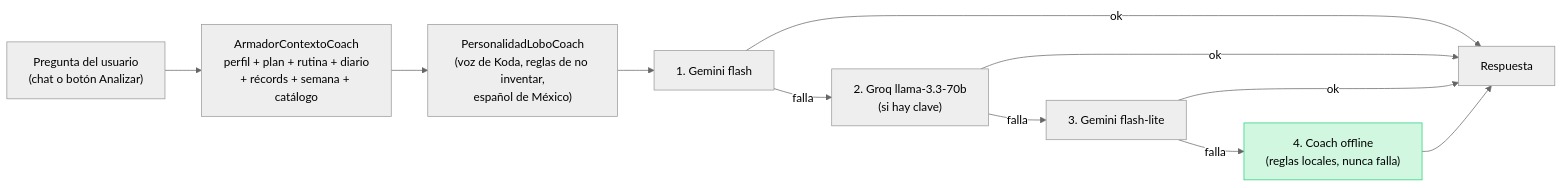
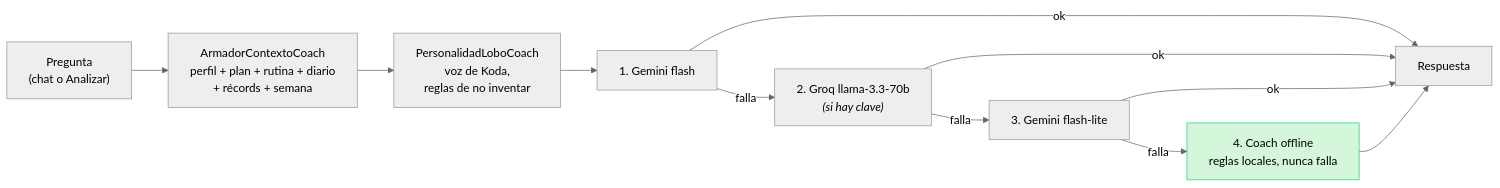
The fifth of 5 diagrams in docs/diagrama-arquitectura.md (mateomartin21/FitnessCoach), drawn with Mermaid (neutral theme) before and after one commit. The commit also changed other lines of this file and 1 other file, not shown here.

First line of the commit message:
docs: diagramas legibles y enlazados desde el README

````diff
--- a/docs/diagrama-arquitectura.md
+++ b/docs/diagrama-arquitectura.md
@@ -181,16 +157,18 @@
 ```mermaid
 flowchart LR
-    Pregunta["Pregunta del usuario<br/>(chat o botón Analizar)"] --> Armador["ArmadorContextoCoach<br/>perfil + plan + rutina + diario<br/>+ récords + semana + catálogo"]
-    Armador --> Personalidad["PersonalidadLoboCoach<br/>(voz de Koda, reglas de no inventar,<br/>español de México)"]
-    Personalidad --> Gemini["1. Gemini flash"]
-    Gemini -->|falla| Groq["2. Groq llama-3.3-70b<br/>(si hay clave)"]
-    Groq -->|falla| GeminiLite["3. Gemini flash-lite"]
-    GeminiLite -->|falla| Offline["4. Coach offline<br/>(reglas locales, nunca falla)"]
-    Gemini -->|ok| Respuesta["Respuesta"]
-    Groq -->|ok| Respuesta
-    GeminiLite -->|ok| Respuesta
-    Offline --> Respuesta
+    P["Pregunta<br/>(chat o Analizar)"] --> A["ArmadorContextoCoach<br/>perfil + plan + rutina + diario<br/>+ récords + semana"]
+    A --> V["PersonalidadLoboCoach<br/>voz de Koda,<br/>reglas de no inventar"]
+    V --> G1["1. Gemini flash"]
 
-    classDef seguro fill:#d1f7e0,stroke:#27d17c,color:#000;
-    class Offline seguro;
+    G1 -->|falla| G2["2. Groq llama-3.3-70b<br/><i>(si hay clave)</i>"]
+    G2 -->|falla| G3["3. Gemini flash-lite"]
+    G3 -->|falla| OFF["4. Coach offline<br/>reglas locales, nunca falla"]
+
+    G1 -->|ok| R["Respuesta"]
+    G2 -->|ok| R
+    G3 -->|ok| R
+    OFF --> R
+
+    classDef seguro fill:#d4f7dc,stroke:#27d17c,color:#000;
+    class OFF seguro;
 ```
````
